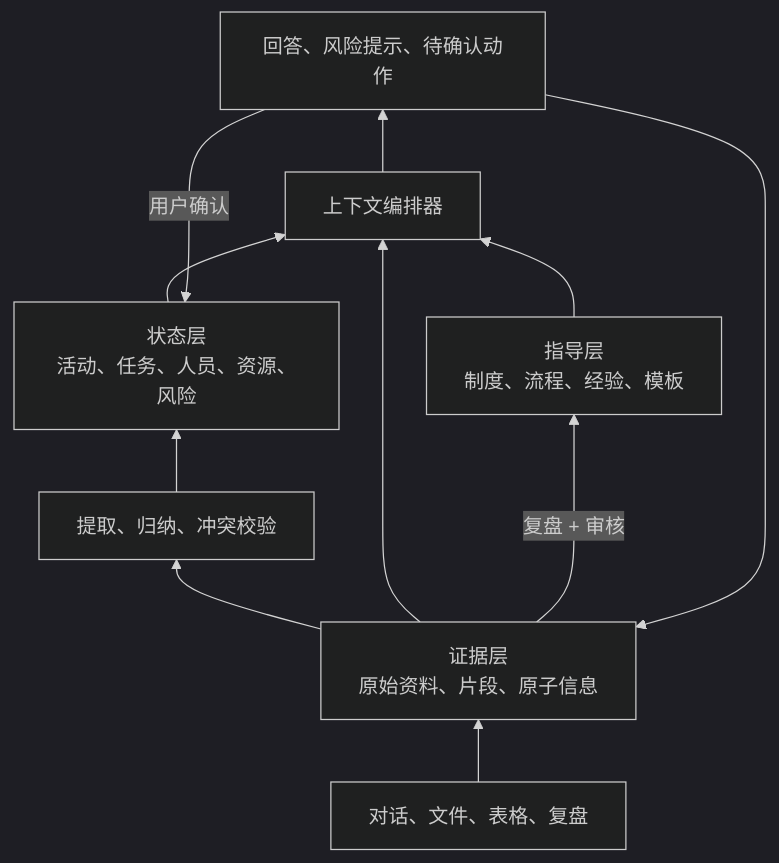
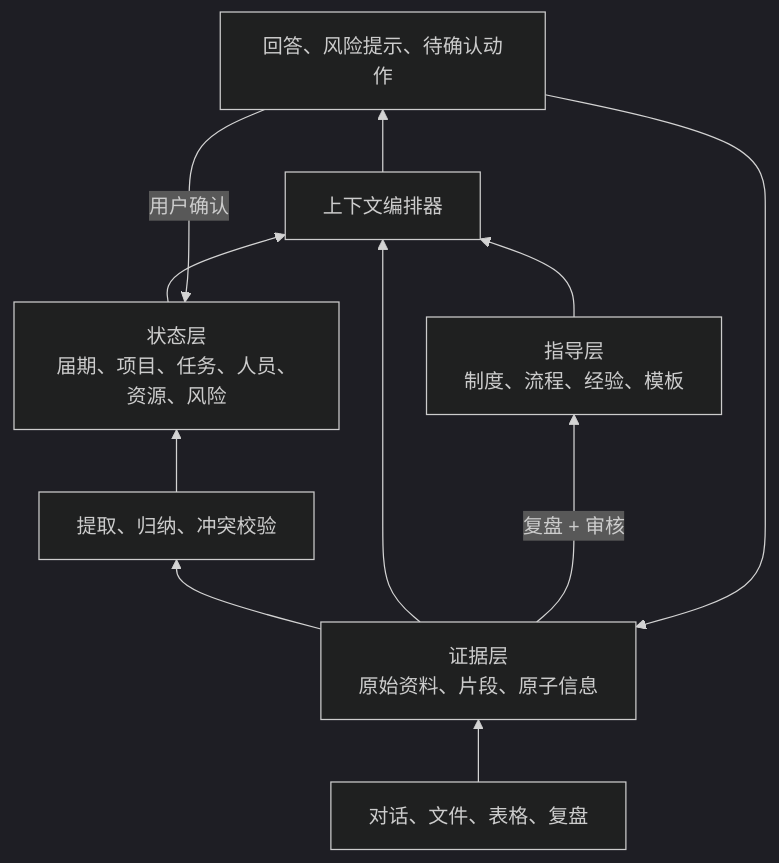
The diagram in docs/architecture/01-智能体知识架构与实施路线.md (USTC-Student-TableTennisAssociation/association-management), drawn with Mermaid (dark theme) before and after one commit. The commit also changed other lines of this file and 1 other file, not shown here.

````diff
--- a/docs/architecture/01-智能体知识架构与实施路线.md
+++ b/docs/architecture/01-智能体知识架构与实施路线.md
@@ -19,13 +19,13 @@
 ```mermaid
 flowchart BT
   input["对话、文件、表格、复盘"] --> evidence["证据层<br/>原始资料、片段、原子信息"]
   evidence --> process["提取、归纳、冲突校验"]
-  process --> state["状态层<br/>活动、任务、人员、资源、风险"]
+  process --> state["状态层<br/>届期、项目、任务、人员、资源、风险"]
   guide["指导层<br/>制度、流程、经验、模板"] --> agent["上下文编排器"]
   state --> agent
   evidence --> agent
   agent --> output["回答、风险提示、待确认动作"]
   output --> evidence
   output -->|用户确认| state
   evidence -->|复盘 + 审核| guide
 ```
````
